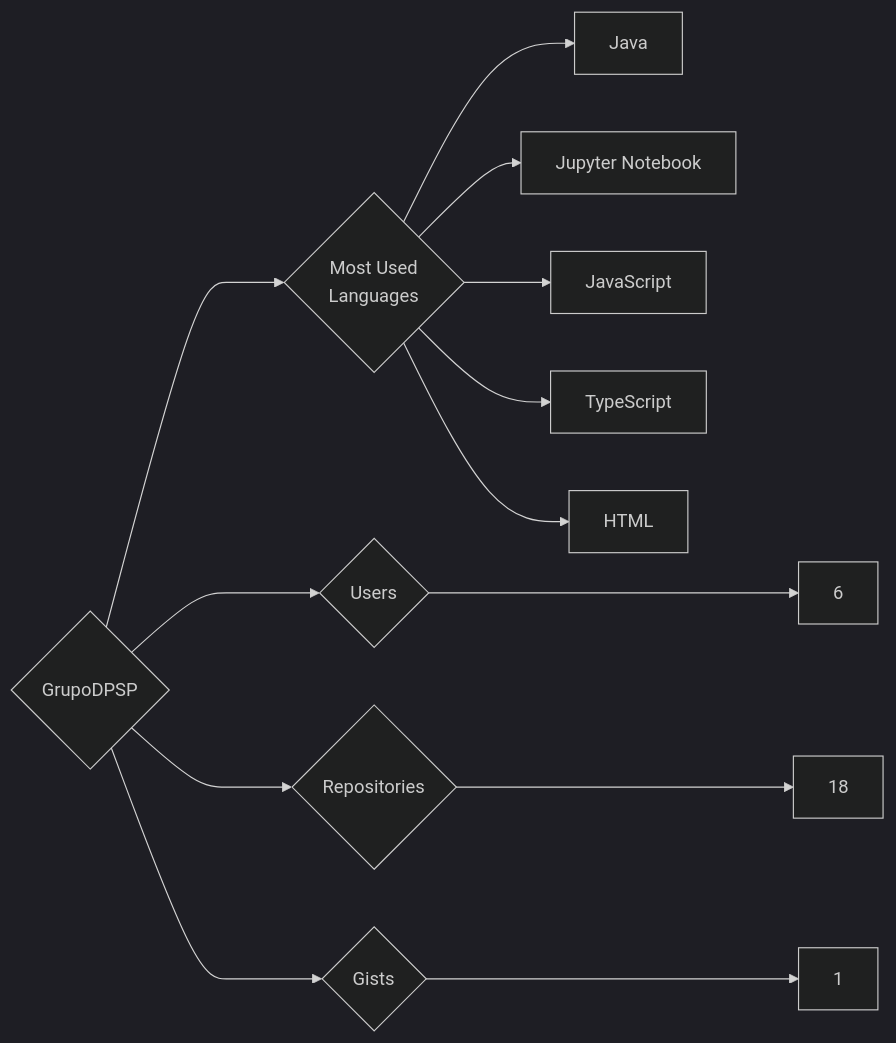
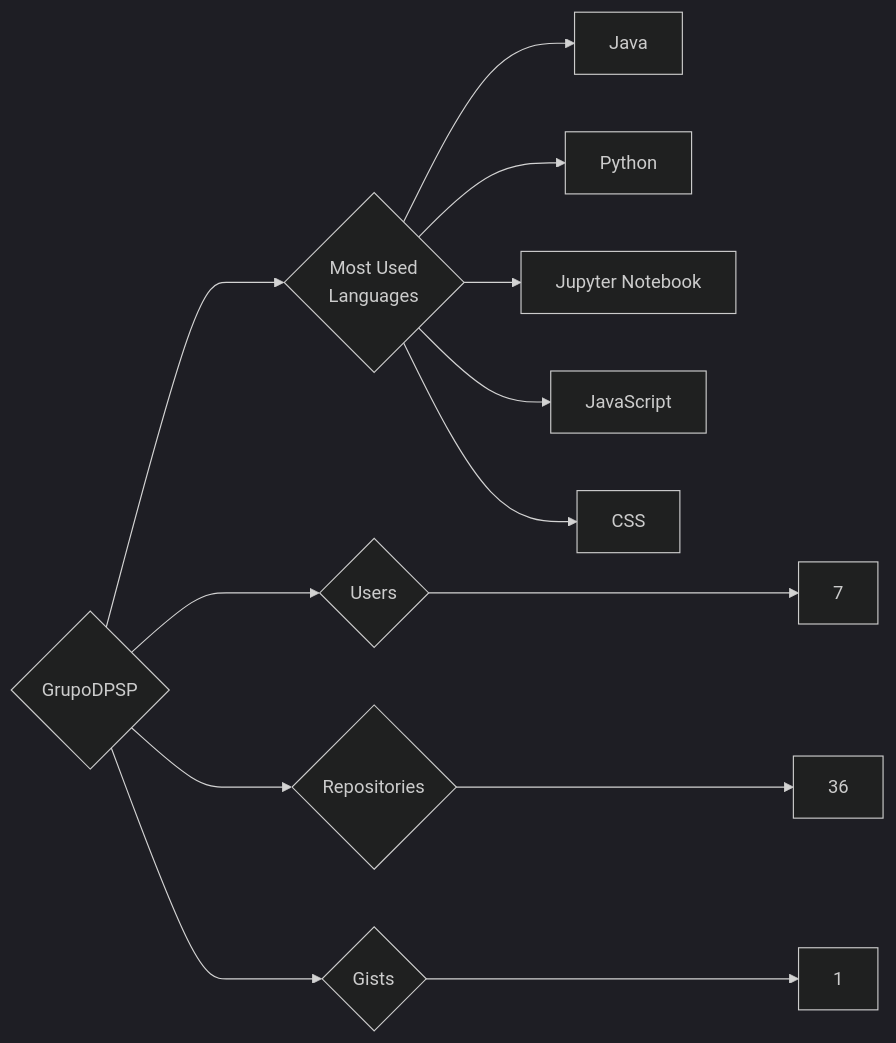
The diagram in targets/GrupoDPSP/README.md (trickest/insiders), drawn with Mermaid (dark theme) before and after one commit. The commit also changed 1141 other files, not shown here.

````diff
--- a/targets/GrupoDPSP/README.md
+++ b/targets/GrupoDPSP/README.md
@@ -3,13 +3,13 @@
 ```mermaid
 graph LR
 COMPANY_NAME{GrupoDPSP}
-COMPANY_NAME ---> U{Users} ---> UN[6]
-COMPANY_NAME ---> R{Repositories} ---> RN[18]
+COMPANY_NAME ---> U{Users} ---> UN[7]
+COMPANY_NAME ---> R{Repositories} ---> RN[36]
 COMPANY_NAME ---> G{Gists} ---> GN[1]
 COMPANY_NAME ---> ML{Most Used<br>Languages}
 ML --> Java[Java]
+ML --> Python[Python]
 ML --> Jupyter_Notebook[Jupyter Notebook]
 ML --> JavaScript[JavaScript]
-ML --> TypeScript[TypeScript]
-ML --> HTML[HTML]
+ML --> CSS[CSS]
 ```
````
